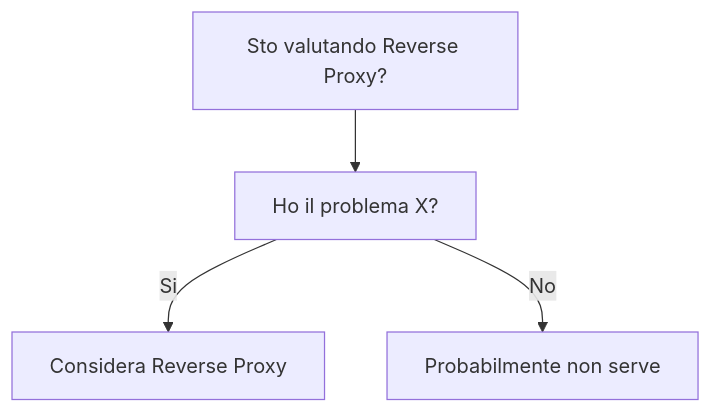
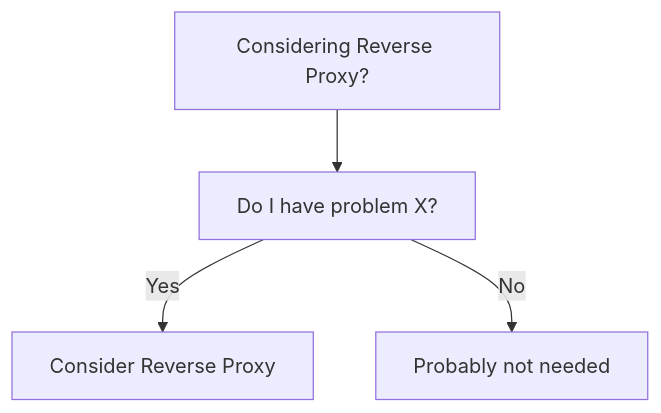
One commit to HxT9/Software-Dev-Wiki changed the diagram in dev-wiki/07_Networking/Reverse_Proxy/When_To_Use.md. Above: the diagram before and after it, drawn with Mermaid. The commit also changed other lines of this file and 3444 other files, not shown here.

````diff
--- a/dev-wiki/07_Networking/Reverse_Proxy/When_To_Use.md
+++ b/dev-wiki/07_Networking/Reverse_Proxy/When_To_Use.md
@@ -19,6 +19,6 @@
 ```mermaid
 flowchart TD
-  Q[Sto valutando Reverse Proxy?] --> Q1[Ho il problema X?]
-  Q1 -->|Si| OK[Considera Reverse Proxy]
-  Q1 -->|No| NO[Probabilmente non serve]
+  Q[Considering Reverse Proxy?] --> Q1[Do I have problem X?]
+  Q1 -->|Yes| OK[Consider Reverse Proxy]
+  Q1 -->|No| NO[Probably not needed]
 ```
````
